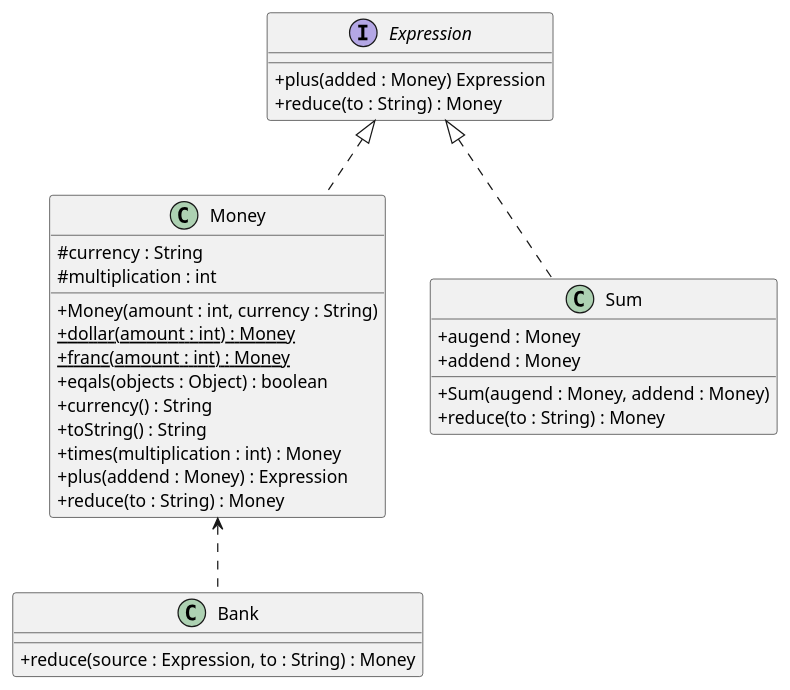
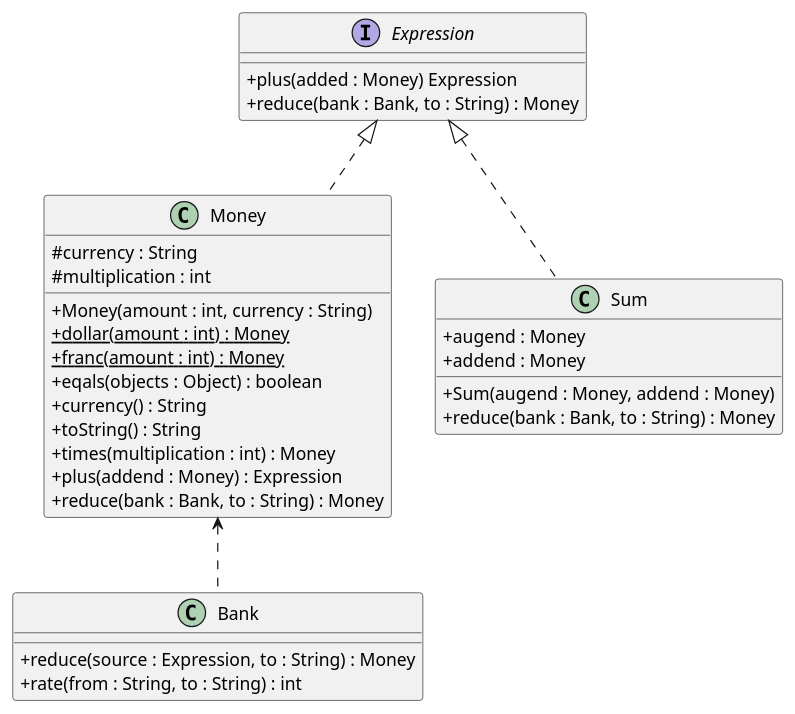
Before and after one commit to NOHYC/TDD_project: the diagram in ClassDiagram.puml, drawn with PlantUML. The commit also changed 6 other files, not shown here.

Commit message:
chapter 14 : 환율 적용(인터페이스 수정) 1. Franc 과 Dollar의 환율을 비교하는 테스트 코드 작성 2. 프랑을 달러로 변환은 Bank에서 처리 예정 3. reduce 메서드에서 처리하기 위해서 매개 변수 개수 변경 (Bank,String) 1개 -> 2개 4. reduce가 포함된 인터페이스, 클래스 모두 변경(공용이기 때문)

```diff
--- a/ClassDiagram.puml
+++ b/ClassDiagram.puml
@@ -1,41 +1,42 @@
 @startuml
 'https://plantuml.com/class-diagram
 skinparam classAttributeIconSize 0
-/' 13장 : 더하기 기능 (추가매개변수)
+/' 14장 : 환율 적용(인터페이스 수정)
 '/
 class Money
 interface Expression
 class Bank
 class Sum
 
 Expression <|.. Money
 Money <.. Bank
 Expression <|.. Sum
 
 class Money{
  #currency : String
  #multiplication : int
  +Money(amount : int, currency : String)
  +dollar(amount : int) : {static} Money
  +franc(amount : int) : {static} Money
  +eqals(objects : Object) : boolean
  +currency() : String
  +toString() : String
  +times(multiplication : int) : Money
  +plus(addend : Money) : Expression
- +reduce(to : String) : Money
+ +reduce(bank : Bank, to : String) : Money
 }
 interface Expression{
  +plus(added : Money) Expression
- +reduce(to : String) : Money
+ +reduce(bank : Bank, to : String) : Money
 }
 class Bank{
  +reduce(source : Expression, to : String) : Money
+ +rate(from : String, to : String) : int
 }
 class Sum{
  +augend : Money
  +addend : Money
  +Sum(augend : Money, addend : Money)
- +reduce(to : String) : Money
+ +reduce(bank : Bank, to : String) : Money
 }
 @enduml
```
